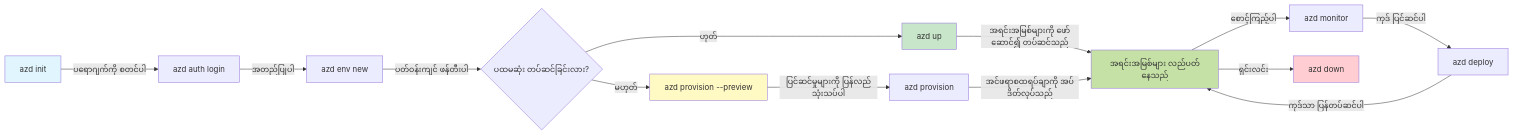
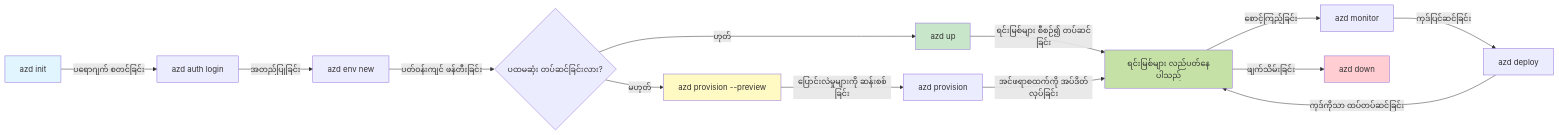
Before and after one commit to microsoft/AZD-for-beginners: the first of 2 diagrams in translations/my/docs/chapter-01-foundation/azd-basics.md, drawn with Mermaid. The commit also changed other lines of this file and 101 other files, not shown here.

````diff
--- a/translations/my/docs/chapter-01-foundation/azd-basics.md
+++ b/translations/my/docs/chapter-01-foundation/azd-basics.md
@@ -254,21 +269,21 @@
 ```mermaid
 graph LR
-    A[azd init] -->|ပရောဂျက်ကို စတင်ပါ| B[azd auth login]
-    B -->|အတည်ပြုပါ| C[azd env new]
-    C -->|ပတ်ဝန်းကျင် ဖန်တီးပါ| D{ပထမဆုံး တပ်ဆင်ခြင်းလား?}
+    A[azd init] -->|ပရောဂျက် စတင်ခြင်း| B[azd auth login]
+    B -->|အတည်ပြုခြင်း| C[azd env new]
+    C -->|ပတ်ဝန်းကျင် ဖန်တီးခြင်း| D{ပထမဆုံး တပ်ဆင်ခြင်းလား?}
     D -->|ဟုတ်| E[azd up]
     D -->|မဟုတ်| F[azd provision --preview]
-    F -->|ပြင်ဆင်မှုများကို ပြန်လည်သုံးသပ်ပါ| G[azd provision]
-    E -->|အရင်းအမြစ်များကို ဖော်ဆောင်၍ တပ်ဆင်သည်| H[အရင်းအမြစ်များ လည်ပတ်နေသည်]
-    G -->|အင်ဖရာစထရပ်ချာကို အပ်ဒိတ်လုပ်သည်| H
-    H -->|စောင့်ကြည့်ပါ| I[azd monitor]
-    I -->|ကုဒ် ပြင်ဆင်ပါ| J[azd deploy]
-    J -->|ကုဒ်သာ ပြန်တပ်ဆင်ပါ| H
-    H -->|ရှင်းလင်း| K[azd down]
+    F -->|ပြောင်းလဲမှုများကို ဆန်းစစ်ခြင်း| G[azd provision]
+    E -->|ရင်းမြစ်များ စီစဉ်၍ တပ်ဆင်ခြင်း| H[ရင်းမြစ်များ လည်ပတ်နေပါသည်]
+    G -->|အင်ဖရာစထက်ကို အပ်ဒိတ်လုပ်ခြင်း| H
+    H -->|စောင့်ကြည့်ခြင်း| I[azd monitor]
+    I -->|ကုဒ်ပြင်ဆင်ခြင်း| J[azd deploy]
+    J -->|ကုဒ်ကိုသာ ထပ်တပ်ဆင်ခြင်း| H
+    H -->|ဖျက်သိမ်းခြင်း| K[azd down]
     
     style A fill:#e1f5fe
     style E fill:#c8e6c9
     style F fill:#fff9c4
     style H fill:#c5e1a5
     style K fill:#ffcdd2
 ```
````
